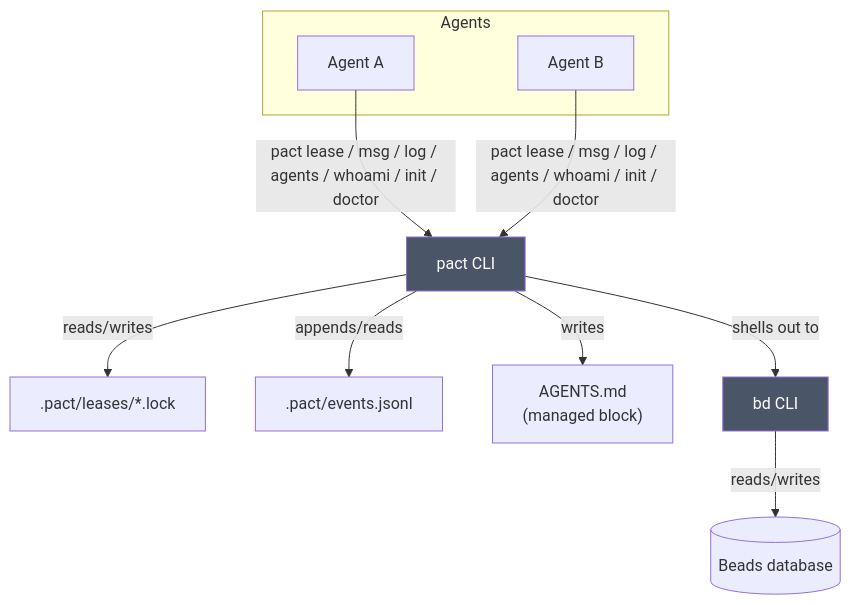
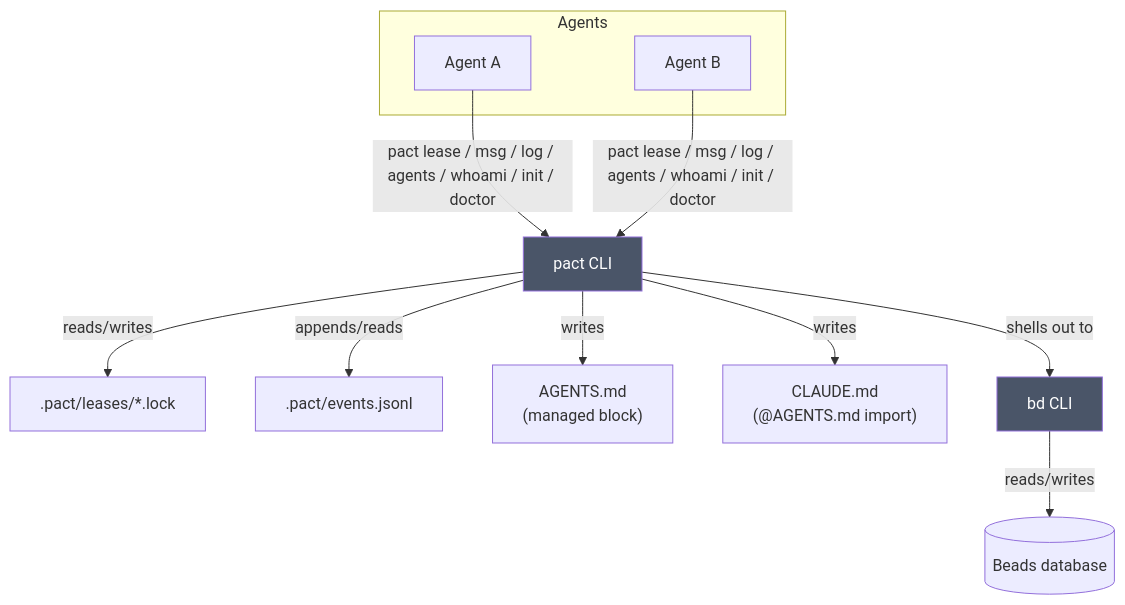
One commit to chussenot/pact changed the diagram in docs/architecture.md. Above: the diagram before and after it, drawn with Mermaid. The commit also changed other lines of this file and 3 other files, not shown here.

````diff
--- a/docs/architecture.md
+++ b/docs/architecture.md
@@ -10,20 +10,22 @@
 ```mermaid
 flowchart TB
     subgraph Agents
         A[Agent A]
         B[Agent B]
     end
 
     A -->|pact lease / msg / log / agents / whoami / init / doctor| P[pact CLI]
     B -->|pact lease / msg / log / agents / whoami / init / doctor| P
 
     P -->|reads/writes| L[".pact/leases/*.lock"]
     P -->|appends/reads| R[".pact/events.jsonl"]
     P -->|writes| M["AGENTS.md
     (managed block)"]
+    P -->|writes| C["CLAUDE.md
+    (@AGENTS.md import)"]
     P -->|shells out to| BD[bd CLI]
     BD -->|reads/writes| DB[(Beads database)]
 
     style P fill:#4a5568,color:#fff
     style BD fill:#4a5568,color:#fff
 ```
````
